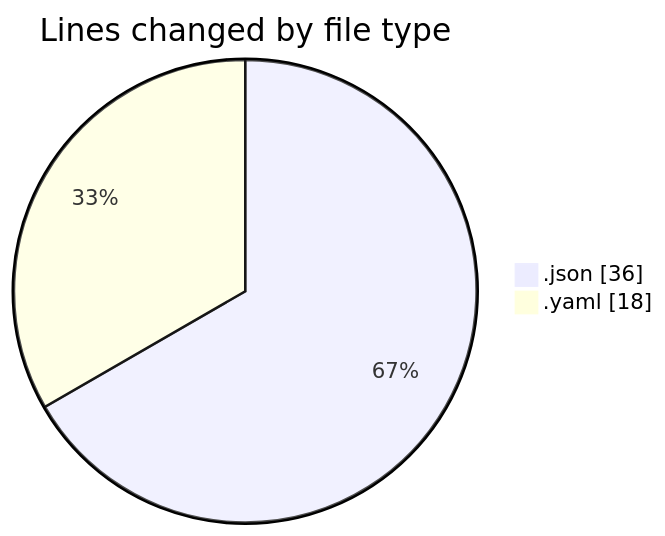
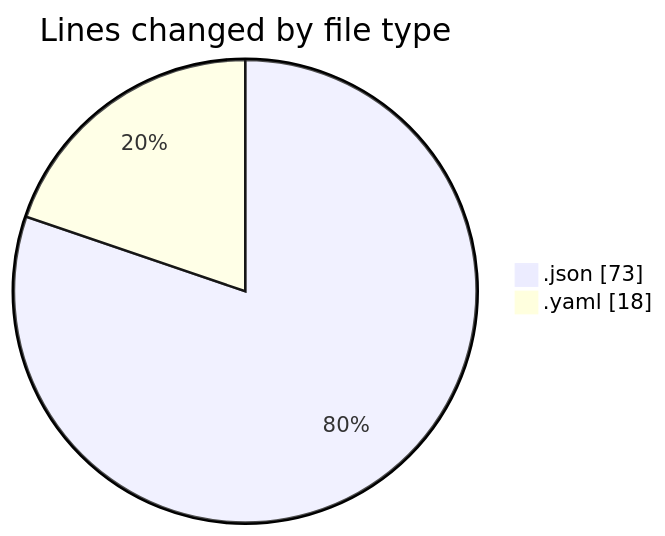
The first of 2 diagrams in 2025-08-15/alpha/README.md (FelipKnott/code-tracking), drawn with Mermaid before and after one commit. The commit also changed other lines of this file and 1 other file, not shown here.

````diff
--- a/2025-08-15/alpha/README.md
+++ b/2025-08-15/alpha/README.md
@@ -21,6 +21,6 @@
 ```mermaid
 pie showData
 title Lines changed by file type
-".json" : 36
+".json" : 73
 ".yaml" : 18
 ```
````
